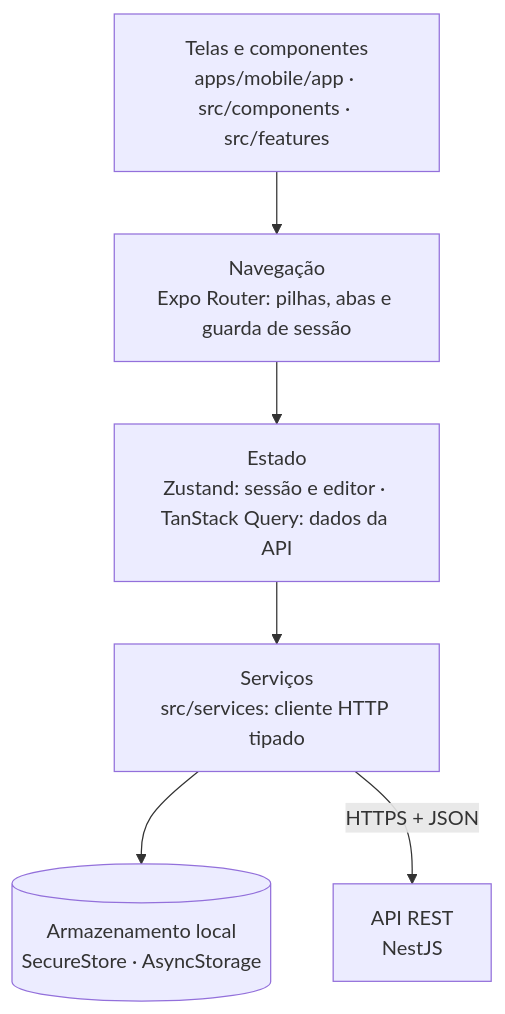
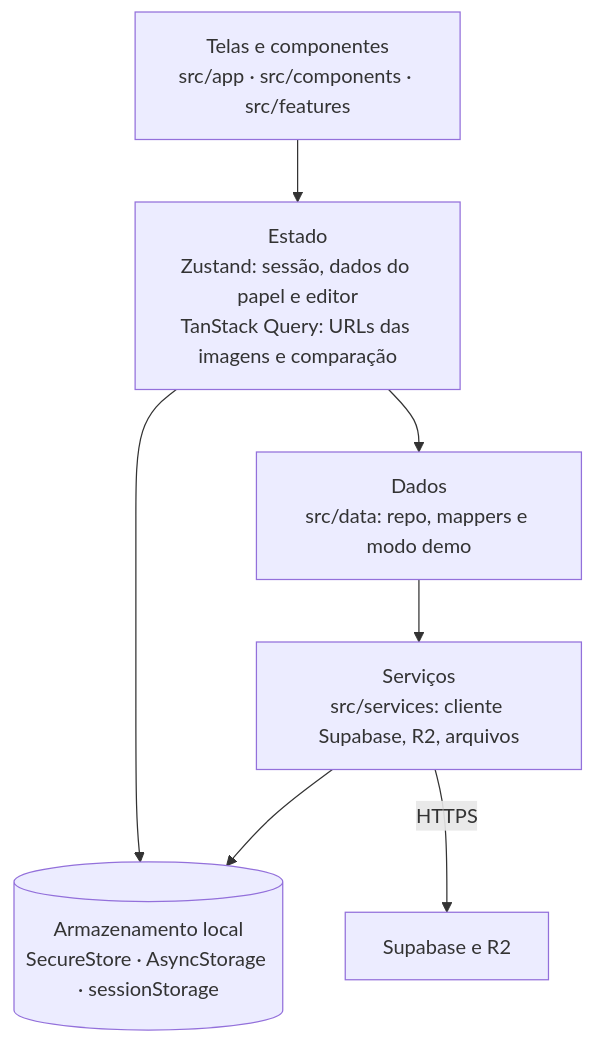
One commit to Matheus-Lordron/ki67 changed the second of 13 diagrams in docs/02-arquitetura.md. Above: the diagram before and after it, drawn with Mermaid. The commit also changed other lines of this file and 116 other files, not shown here.

First line of the commit message:
feat: migra o Segmenta Studio Ki-67 para Expo + Supabase

````diff
--- a/docs/02-arquitetura.md
+++ b/docs/02-arquitetura.md
@@ -46,13 +56,14 @@
 ```mermaid
 flowchart TB
-    T["Telas e componentes<br/>apps/mobile/app · src/components · src/features"]
-    N["Navegação<br/>Expo Router: pilhas, abas e guarda de sessão"]
-    E["Estado<br/>Zustand: sessão e editor · TanStack Query: dados da API"]
-    S["Serviços<br/>src/services: cliente HTTP tipado"]
-    L[("Armazenamento local<br/>SecureStore · AsyncStorage")]
-    B["API REST<br/>NestJS"]
+    T["Telas e componentes<br/>src/app · src/components · src/features"]
+    E["Estado<br/>Zustand: sessão, dados do papel e editor<br/>TanStack Query: URLs das imagens e comparação"]
+    D["Dados<br/>src/data: repo, mappers e modo demo"]
+    S["Serviços<br/>src/services: cliente Supabase, R2, arquivos"]
+    L[("Armazenamento local<br/>SecureStore · AsyncStorage · sessionStorage")]
+    B["Supabase e R2"]
 
-    T --> N --> E --> S
+    T --> E --> D --> S
     S --> L
-    S -->|"HTTPS + JSON"| B
+    E --> L
+    S -->|"HTTPS"| B
 ```
````
